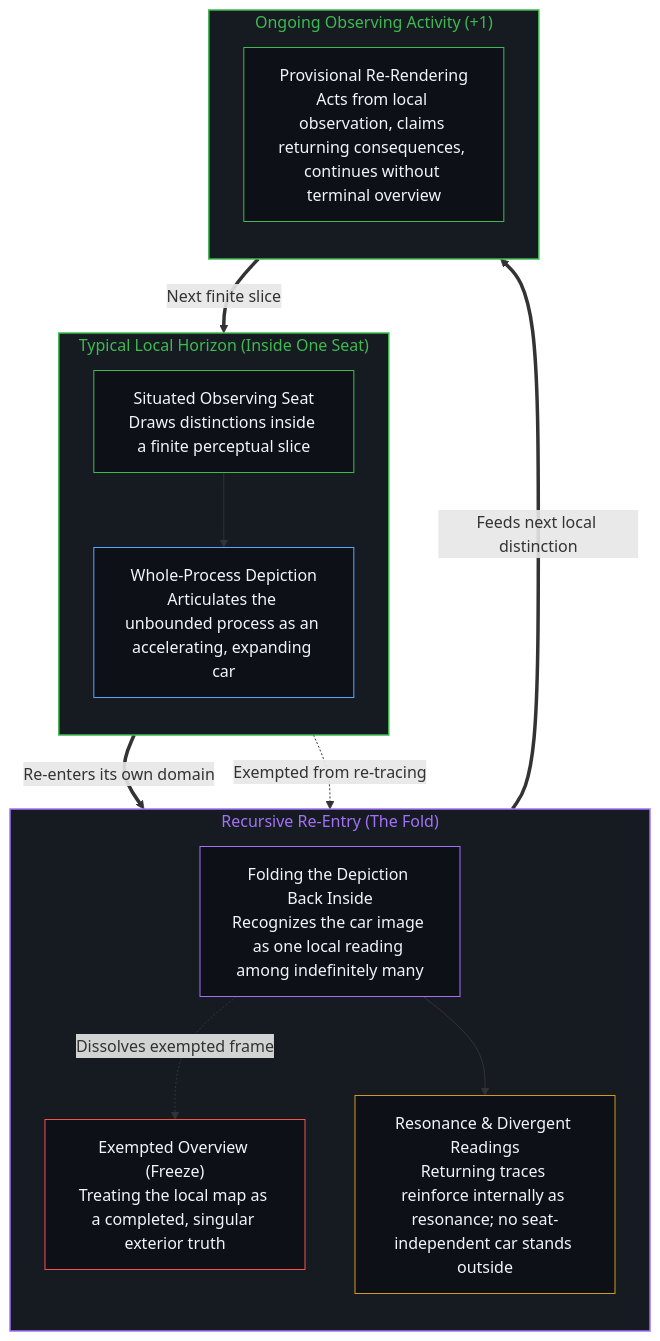
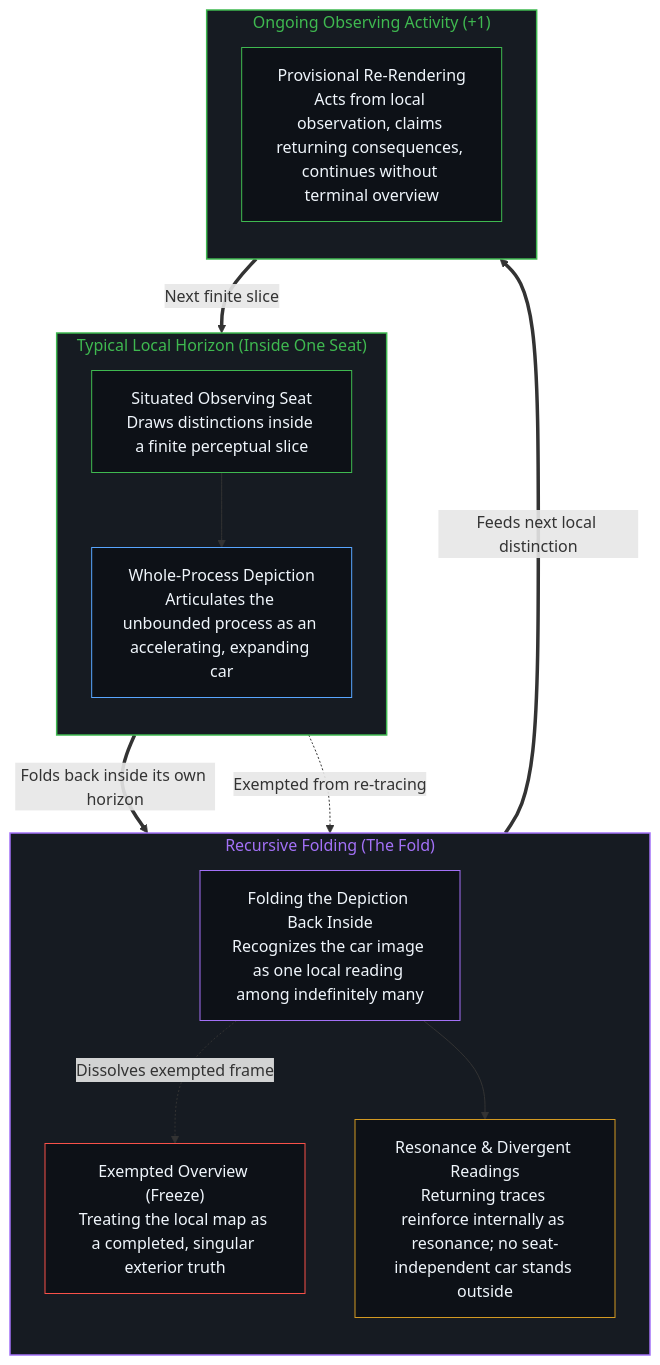
The fourth of 4 diagrams in content/posts/infinity-within-the-seat.md (powerpig99/not-a-toe), drawn with Mermaid before and after one commit. The commit also changed other lines of this file and 24 other files, not shown here.

````diff
--- a/content/posts/infinity-within-the-seat.md
+++ b/content/posts/infinity-within-the-seat.md
@@ -182,34 +182,34 @@
 ```mermaid
 flowchart TD
     subgraph S_Horizon["Typical Local Horizon (Inside One Seat)"]
         direction TB
         H_Seat["Situated Observing Seat<br/>Draws distinctions inside a finite perceptual slice"]
         H_Car["Whole-Process Depiction<br/>Articulates the unbounded process as an accelerating, expanding car"]
         H_Seat --> H_Car
     end
-    subgraph S_Fold["Recursive Re-Entry (The Fold)"]
+    subgraph S_Fold["Recursive Folding (The Fold)"]
         direction TB
         F_Reenter["Folding the Depiction Back Inside<br/>Recognizes the car image as one local reading among indefinitely many"]
         F_Freeze["Exempted Overview (Freeze)<br/>Treating the local map as a completed, singular exterior truth"]
         F_Seats["Resonance & Divergent Readings<br/>Returning traces reinforce internally as resonance; no seat-independent car stands outside"]
         F_Reenter -.->|"Dissolves exempted frame"| F_Freeze
         F_Reenter --> F_Seats
     end
     subgraph S_Open["Ongoing Observing Activity (+1)"]
         direction TB
         O_Cont["Provisional Re-Rendering<br/>Acts from local observation, claims returning consequences, continues without terminal overview"]
     end
-    H_Car ==>|"Re-enters its own domain"| F_Reenter
+    H_Car ==>|"Folds back inside its own horizon"| F_Reenter
     H_Car -.->|"Exempted from re-tracing"| F_Freeze
     F_Seats ==>|"Feeds next local distinction"| O_Cont
     O_Cont ==>|"Next finite slice"| H_Seat
     style S_Horizon fill:#161b22,stroke:#3fb950,stroke-width:1.5px,color:#3fb950
     style S_Fold fill:#161b22,stroke:#a371f7,stroke-width:1.5px,color:#a371f7
     style S_Open fill:#161b22,stroke:#3fb950,stroke-width:1.5px,color:#3fb950
     style H_Seat fill:#0d1117,stroke:#3fb950,stroke-width:1px,color:#f0f6fc
     style H_Car fill:#0d1117,stroke:#58a6ff,stroke-width:1px,color:#f0f6fc
     style F_Reenter fill:#0d1117,stroke:#a371f7,stroke-width:1px,color:#f0f6fc
     style F_Freeze fill:#0d1117,stroke:#f85149,stroke-width:1px,color:#f0f6fc
     style F_Seats fill:#0d1117,stroke:#d29922,stroke-width:1px,color:#f0f6fc
     style O_Cont fill:#0d1117,stroke:#3fb950,stroke-width:1px,color:#f0f6fc
 ```
````
